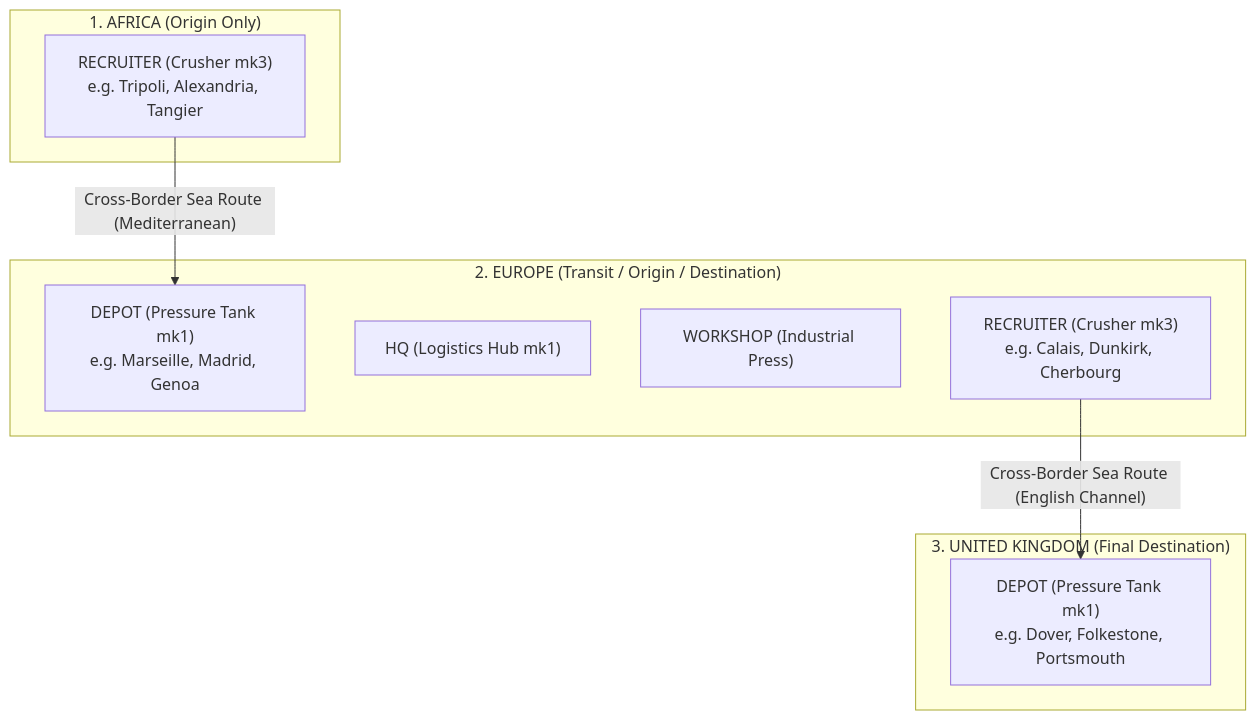
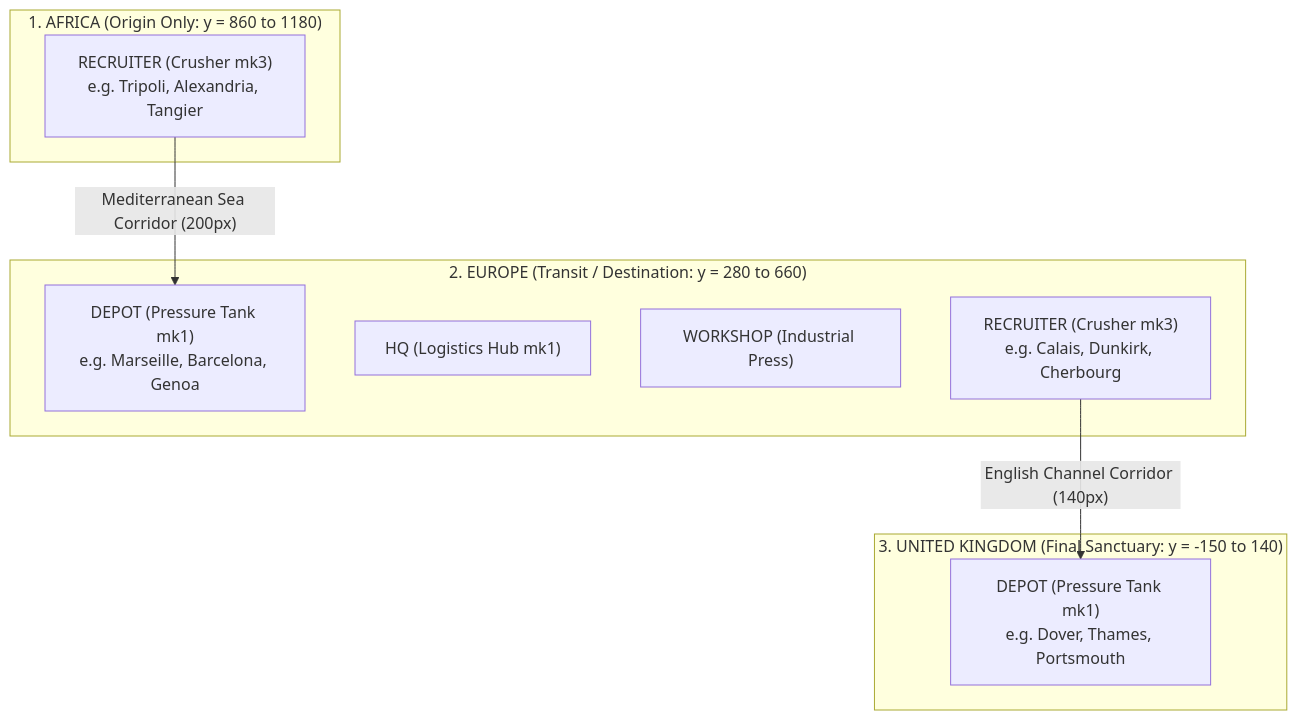
Before and after one commit to chrisdb-playground/brokeworld: the diagram in docs/sim/nodes.md, drawn with Mermaid. The commit also changed other lines of this file and 5 other files, not shown here.

````diff
--- a/docs/sim/nodes.md
+++ b/docs/sim/nodes.md
@@ -74,20 +83,20 @@
 ```mermaid
 flowchart TD
-    subgraph AFRICA ["1. AFRICA (Origin Only)"]
+    subgraph AFRICA ["1. AFRICA (Origin Only: y = 860 to 1180)"]
         A_REC["RECRUITER (Crusher mk3)\ne.g. Tripoli, Alexandria, Tangier"]
     end
 
-    subgraph EUROPE ["2. EUROPE (Transit / Origin / Destination)"]
-        E_DEPOT["DEPOT (Pressure Tank mk1)\ne.g. Marseille, Madrid, Genoa"]
+    subgraph EUROPE ["2. EUROPE (Transit / Destination: y = 280 to 660)"]
+        E_DEPOT["DEPOT (Pressure Tank mk1)\ne.g. Marseille, Barcelona, Genoa"]
         E_HQ["HQ (Logistics Hub mk1)"]
         E_WS["WORKSHOP (Industrial Press)"]
         E_REC["RECRUITER (Crusher mk3)\ne.g. Calais, Dunkirk, Cherbourg"]
     end
 
-    subgraph UK ["3. UNITED KINGDOM (Final Destination)"]
-        UK_DEPOT["DEPOT (Pressure Tank mk1)\ne.g. Dover, Folkestone, Portsmouth"]
+    subgraph UK ["3. UNITED KINGDOM (Final Sanctuary: y = -150 to 140)"]
+        UK_DEPOT["DEPOT (Pressure Tank mk1)\ne.g. Dover, Thames, Portsmouth"]
     end
 
-    A_REC -- "Cross-Border Sea Route (Mediterranean)" --> E_DEPOT
-    E_REC -- "Cross-Border Sea Route (English Channel)" --> UK_DEPOT
+    A_REC -- "Mediterranean Sea Corridor (200px)" --> E_DEPOT
+    E_REC -- "English Channel Corridor (140px)" --> UK_DEPOT
 ```
````
